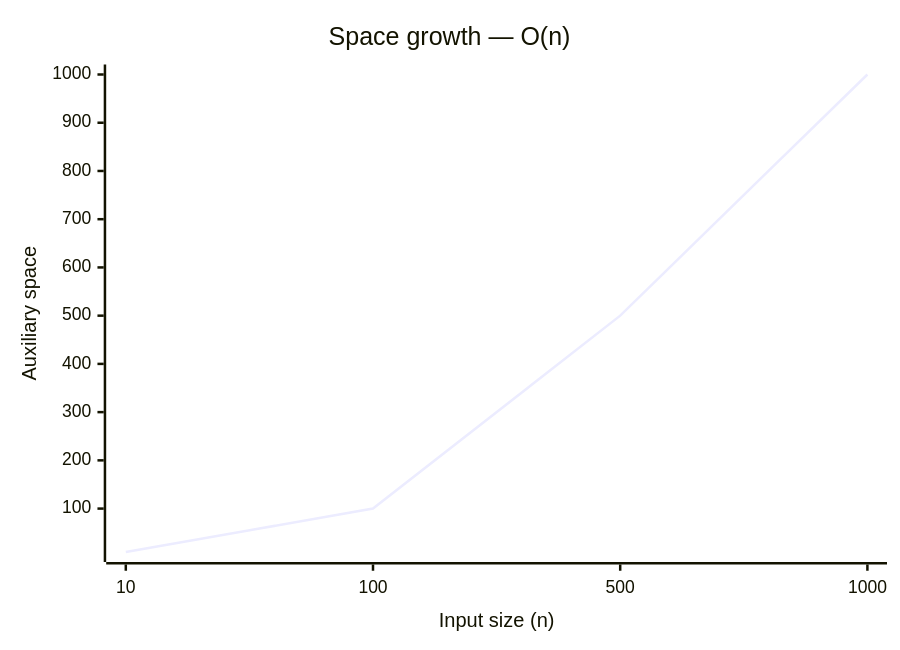
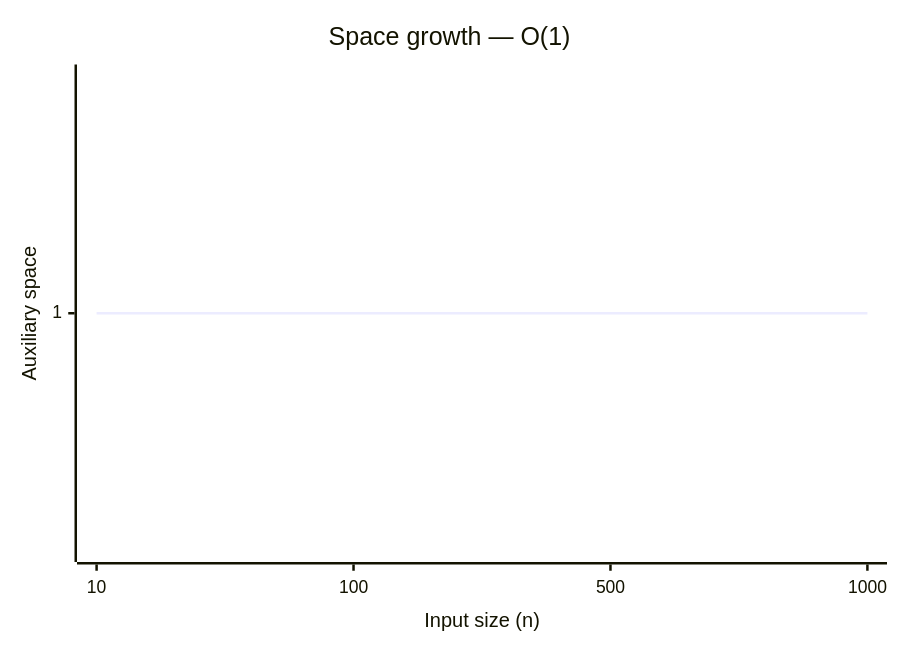
The second of 2 diagrams in 0104-maximum-depth-of-binary-tree/README.md (PARTHDEVX2904/LEETCODE-DSA), drawn with Mermaid before and after one commit. The commit also changed other lines of this file, not shown here.

Commit message:
Time: 3 ms (5.36%) | Space: 22.9 MB (16.15%) - 0104-maximum-depth-of-binary-tree

````diff
--- a/0104-maximum-depth-of-binary-tree/README.md
+++ b/0104-maximum-depth-of-binary-tree/README.md
@@ -45,7 +45,7 @@
 ```mermaid
 xychart-beta
-    title "Space growth — O(n)"
+    title "Space growth — O(1)"
     x-axis "Input size (n)" [10, 100, 500, 1000]
     y-axis "Auxiliary space"
-    line [10, 100, 500, 1000]
+    line [1, 1, 1, 1]
 ```
````
